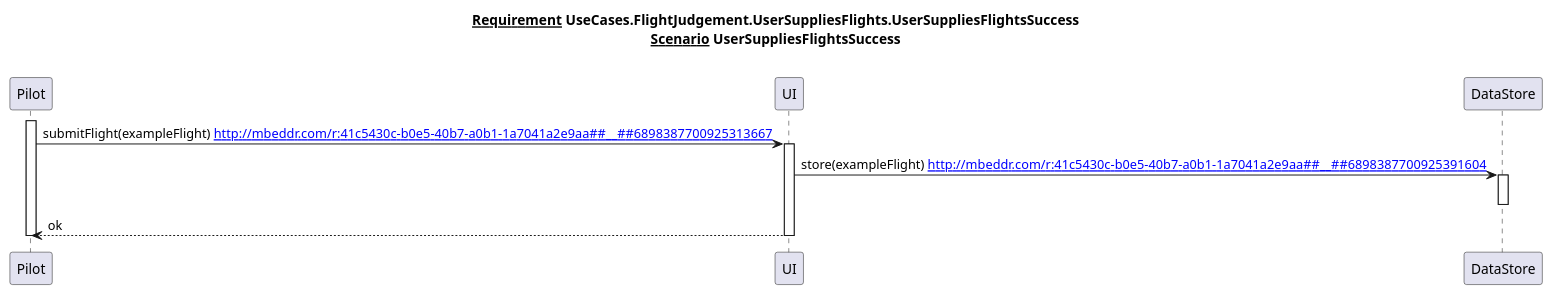
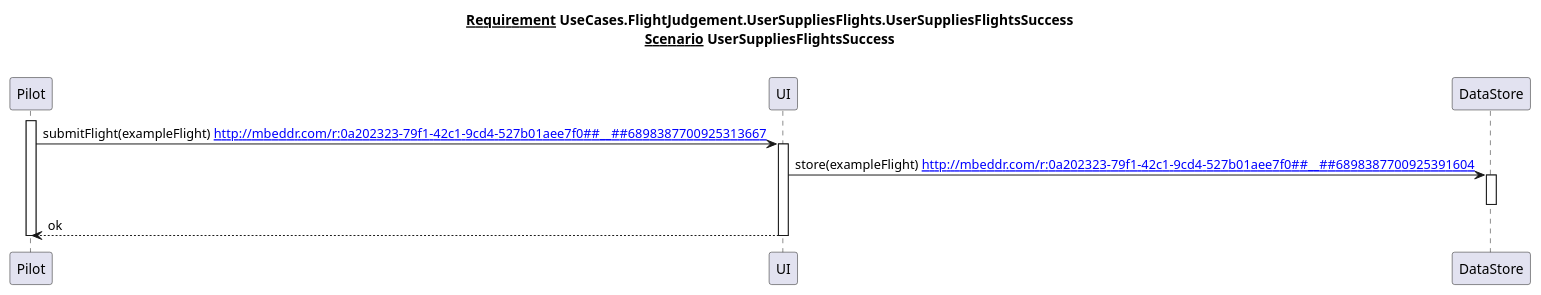
The diagram in code/applications/tutorial/solutions/mbeddr.tutorial.main/temp/requirementsReportreqInvisble_2FlightJudgementUserSuppliesFlightsUserSuppliesFlightsSuccessUserSuppliesFlightsSuccess_scenario.puml (mbeddr/mbeddr.core), drawn with PlantUML before and after one commit. The commit also changed 11 other files, not shown here.

```diff
--- a/code/applications/tutorial/solutions/mbeddr.tutorial.main/temp/requirementsReportreqInvisble_2FlightJudgementUserSuppliesFlightsUserSuppliesFlightsSuccessUserSuppliesFlightsSuccess_scenario.puml
+++ b/code/applications/tutorial/solutions/mbeddr.tutorial.main/temp/requirementsReportreqInvisble_2FlightJudgementUserSuppliesFlightsUserSuppliesFlightsSuccessUserSuppliesFlightsSuccess_scenario.puml
@@ -1,22 +1,22 @@
 @startuml
 title
 <u>Requirement</u> UseCases.FlightJudgement.UserSuppliesFlights.UserSuppliesFlightsSuccess
 <u>Scenario</u> UserSuppliesFlightsSuccess
 
 end title
 participant Pilot
-url of Pilot is [[http://mbeddr.com/r:41c5430c-b0e5-40b7-a0b1-1a7041a2e9aa##__##6898387700925062299]]
+url of Pilot is [[http://mbeddr.com/r:0a202323-79f1-42c1-9cd4-527b01aee7f0##__##6898387700925062299]]
 participant UI
-url of UI is [[http://mbeddr.com/r:41c5430c-b0e5-40b7-a0b1-1a7041a2e9aa##__##6898387700925260474]]
+url of UI is [[http://mbeddr.com/r:0a202323-79f1-42c1-9cd4-527b01aee7f0##__##6898387700925260474]]
 participant DataStore
-url of DataStore is [[http://mbeddr.com/r:41c5430c-b0e5-40b7-a0b1-1a7041a2e9aa##__##6898387700925260483]]
+url of DataStore is [[http://mbeddr.com/r:0a202323-79f1-42c1-9cd4-527b01aee7f0##__##6898387700925260483]]
 activate Pilot
-Pilot -> UI : submitFlight(exampleFlight) [[http://mbeddr.com/r:41c5430c-b0e5-40b7-a0b1-1a7041a2e9aa##__##6898387700925313667]]
+Pilot -> UI : submitFlight(exampleFlight) [[http://mbeddr.com/r:0a202323-79f1-42c1-9cd4-527b01aee7f0##__##6898387700925313667]]
 activate UI
-UI -> DataStore : store(exampleFlight) [[http://mbeddr.com/r:41c5430c-b0e5-40b7-a0b1-1a7041a2e9aa##__##6898387700925391604]]
+UI -> DataStore : store(exampleFlight) [[http://mbeddr.com/r:0a202323-79f1-42c1-9cd4-527b01aee7f0##__##6898387700925391604]]
 activate DataStore
 deactivate DataStore
 Pilot <-- UI:ok
 deactivate UI
 deactivate Pilot
 @enduml
```
